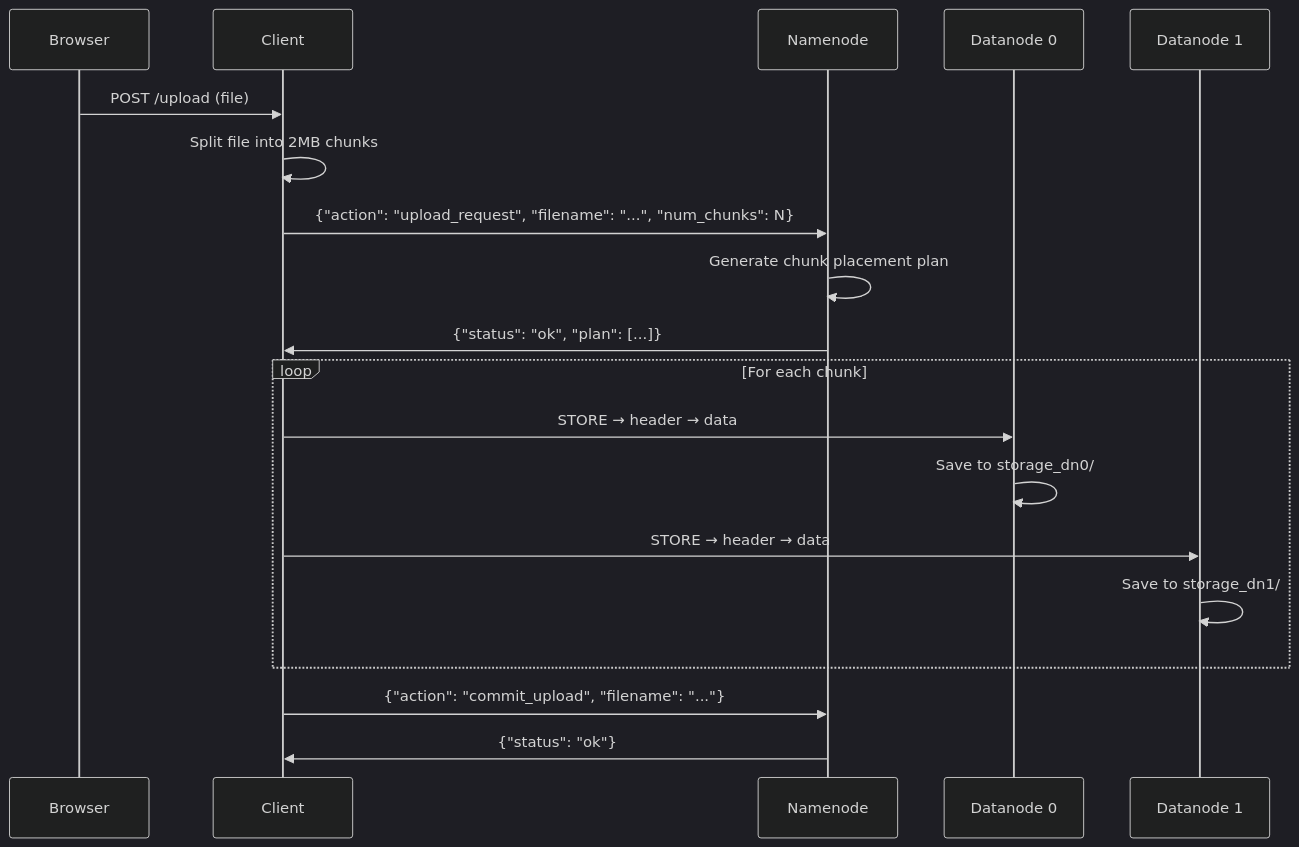
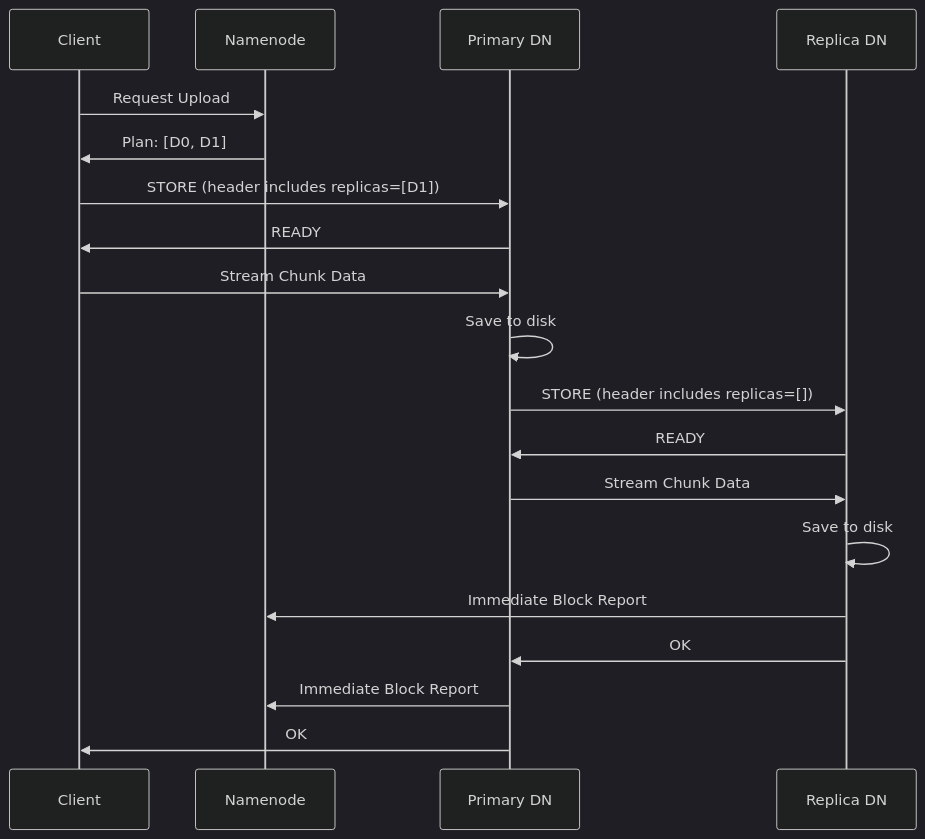
Before and after one commit to Retesh07/Mini-HDFS-Simulation: the second of 3 diagrams in README.md, drawn with Mermaid (dark theme). The commit also changed other lines of this file and 13 other files, not shown here.

````diff
--- a/README.md
+++ b/README.md
@@ -120,22 +119,22 @@
 ```mermaid
 sequenceDiagram
-    participant B as Browser
     participant C as Client
     participant N as Namenode
-    participant D0 as Datanode 0
-    participant D1 as Datanode 1
+    participant D0 as Primary DN
+    participant D1 as Replica DN
 
-    B->>C: POST /upload (file)
-    C->>C: Split file into 2MB chunks
-    C->>N: {"action": "upload_request", "filename": "...", "num_chunks": N}
-    N->>N: Generate chunk placement plan
-    N->>C: {"status": "ok", "plan": [...]}
-    loop For each chunk
-        C->>D0: STORE → header → data
-        D0->>D0: Save to storage_dn0/
-        C->>D1: STORE → header → data
-        D1->>D1: Save to storage_dn1/
-    end
-    C->>N: {"action": "commit_upload", "filename": "..."}
-    N->>C: {"status": "ok"}
+    C->>N: Request Upload
+    N->>C: Plan: [D0, D1]
+    C->>D0: STORE (header includes replicas=[D1])
+    D0->>C: READY
+    C->>D0: Stream Chunk Data
+    D0->>D0: Save to disk
+    D0->>D1: STORE (header includes replicas=[])
+    D1->>D0: READY
+    D0->>D1: Stream Chunk Data
+    D1->>D1: Save to disk
+    D1->>N: Immediate Block Report
+    D1->>D0: OK
+    D0->>N: Immediate Block Report
+    D0->>C: OK
 ```
````
